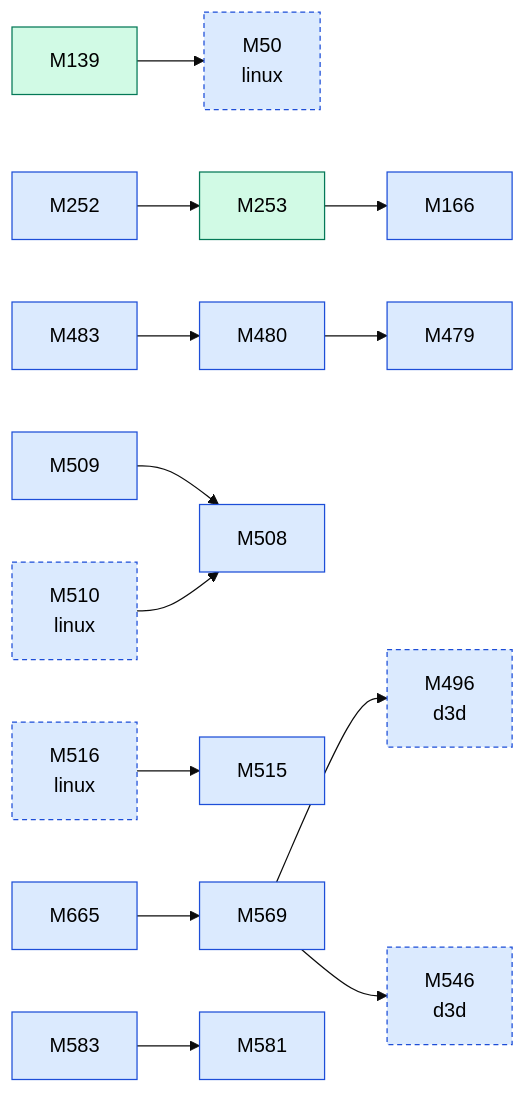
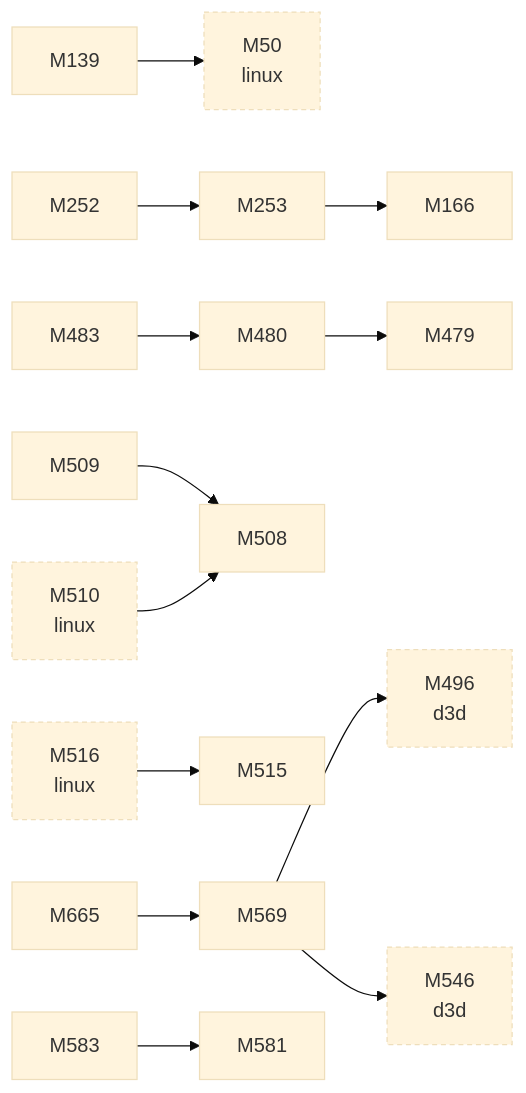
The second of 2 diagrams in docs/facts/graphs/icd.md (D-Ogi/amdgpu-wddm), drawn with Mermaid (base theme) before and after one commit. The commit also changed other lines of this file and 9 other files, not shown here.

First line of the commit message:
docs/facts: plain graph nodes, no status colouring

````diff
--- a/docs/facts/graphs/icd.md
+++ b/docs/facts/graphs/icd.md
@@ -27,40 +23,36 @@
 ```mermaid
 flowchart LR
-  M50["M50<br/>linux"]:::MEASURED
-  M139["M139"]:::CONFIRMED
-  M166["M166"]:::MEASURED
-  M252["M252"]:::MEASURED
-  M253["M253"]:::CONFIRMED
-  M479["M479"]:::MEASURED
-  M480["M480"]:::MEASURED
-  M483["M483"]:::MEASURED
-  M496["M496<br/>d3d"]:::MEASURED
-  M508["M508"]:::MEASURED
-  M509["M509"]:::MEASURED
-  M510["M510<br/>linux"]:::MEASURED
-  M515["M515"]:::MEASURED
-  M516["M516<br/>linux"]:::MEASURED
-  M546["M546<br/>d3d"]:::MEASURED
-  M569["M569"]:::MEASURED
-  M581["M581"]:::MEASURED
-  M583["M583"]:::MEASURED
-  M665["M665"]:::MEASURED
+  M50["M50<br/>linux"]
+  M139["M139"]
+  M166["M166"]
+  M252["M252"]
+  M253["M253"]
+  M479["M479"]
+  M480["M480"]
+  M483["M483"]
+  M496["M496<br/>d3d"]
+  M508["M508"]
+  M509["M509"]
+  M510["M510<br/>linux"]
+  M515["M515"]
+  M516["M516<br/>linux"]
+  M546["M546<br/>d3d"]
+  M569["M569"]
+  M581["M581"]
+  M583["M583"]
+  M665["M665"]
   M139 --> M50
   M252 --> M253
   M253 --> M166
   M480 --> M479
   M483 --> M480
   M509 --> M508
   M569 --> M496
   M569 --> M546
   M583 --> M581
   M665 --> M569
   M510 --> M508
   M516 --> M515
-  classDef HYPOTHESIS fill:#fff3c4,stroke:#9a7b00,color:#000
-  classDef MEASURED fill:#dbeafe,stroke:#1d4ed8,color:#000
-  classDef CONFIRMED fill:#d1fae5,stroke:#047857,color:#000
-  classDef REFUTED fill:#fee2e2,stroke:#b91c1c,color:#000
   classDef other stroke-dasharray:4 3
   class M50,M496,M510,M516,M546 other
 ```
````
